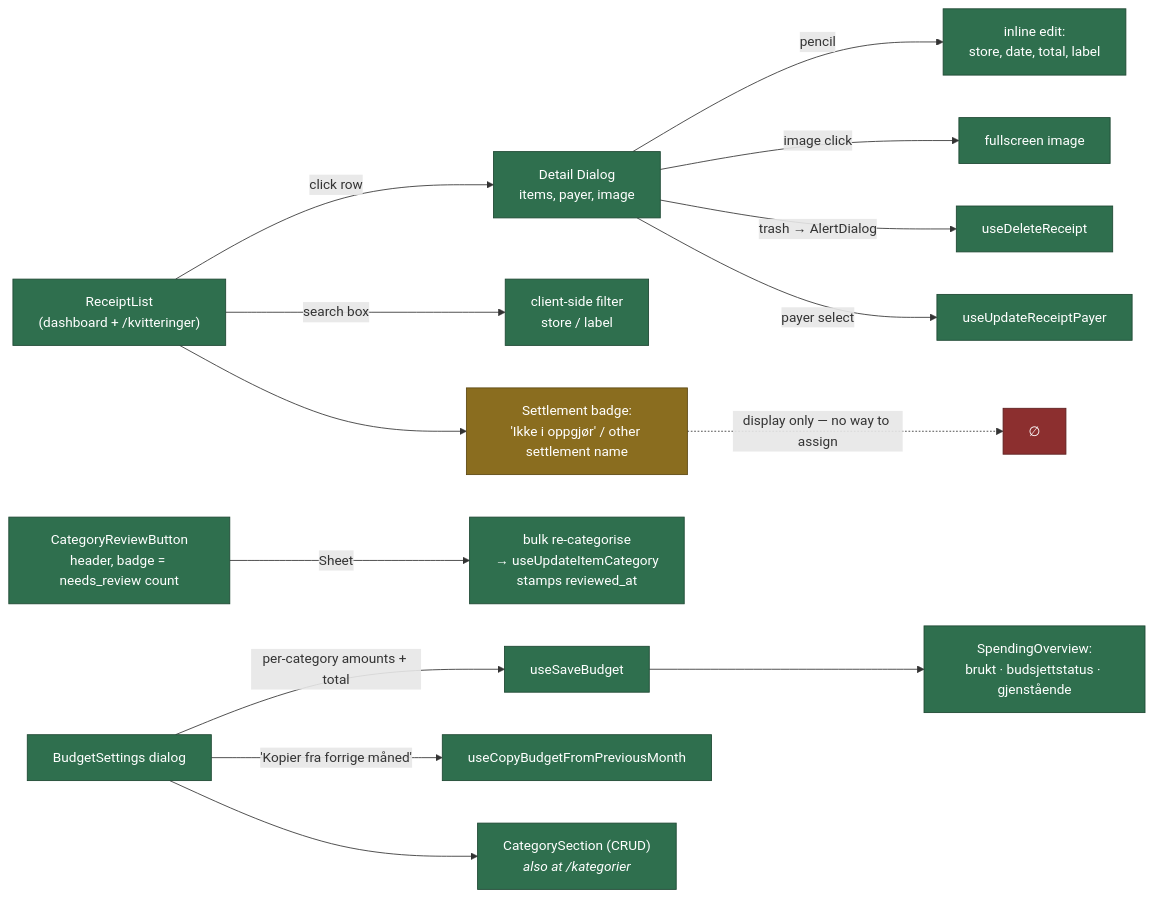
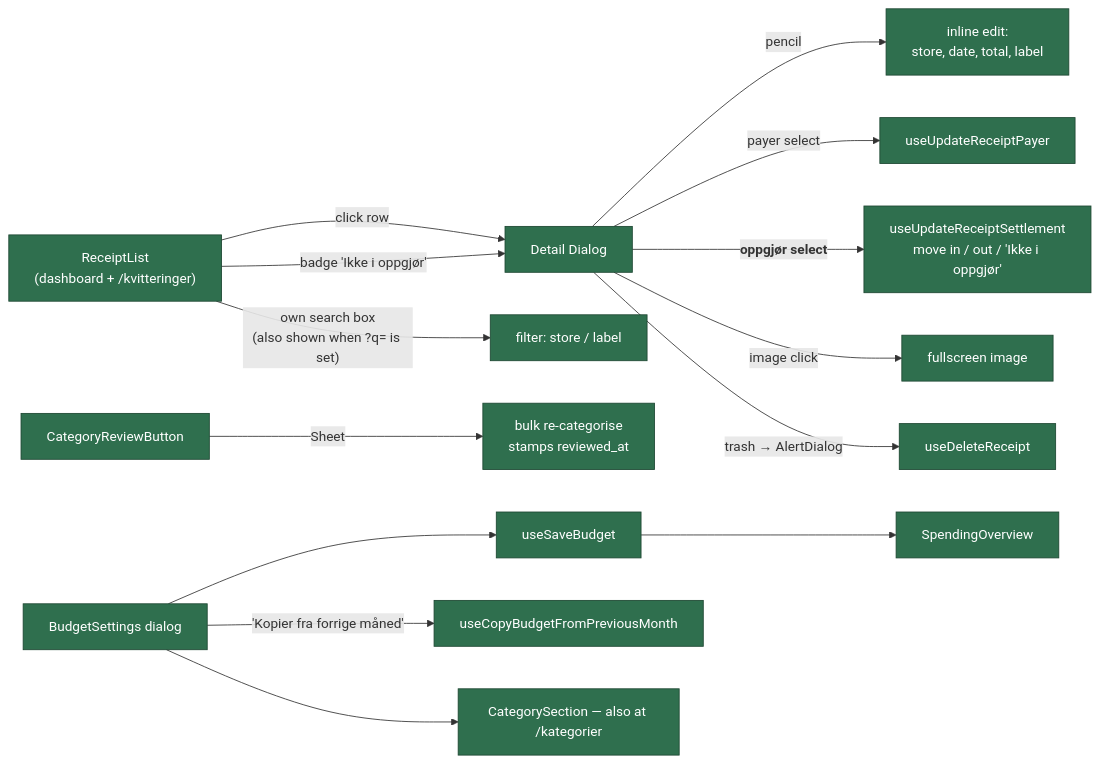
Before and after one commit to BalderYtterhus/budget-app: the sixth of 8 diagrams in docs/user-flows.md, drawn with Mermaid. The commit also changed other lines of this file and 1 other file, not shown here.

First line of the commit message:
docs: regenerate the flow diagrams and log the session

````diff
--- a/docs/user-flows.md
+++ b/docs/user-flows.md
@@ -262,27 +230,21 @@
 ```mermaid
 flowchart LR
     classDef ok fill:#2f6f4e,stroke:#1d4732,color:#fff
-    classDef cond fill:#8a6d1f,stroke:#5c4813,color:#fff
-    classDef bad fill:#8c2f2f,stroke:#5c1f1f,color:#fff
 
-    RL["ReceiptList<br/>(dashboard + /kvitteringer)"] -->|"click row"| DLG["Detail Dialog<br/>items, payer, image"]
+    RL["ReceiptList<br/>(dashboard + /kvitteringer)"] -->|"click row"| DLG["Detail Dialog"]
     DLG -->|"pencil"| EDIT["inline edit:<br/>store, date, total, label"]
+    DLG -->|"payer select"| PAY["useUpdateReceiptPayer"]
+    DLG -->|"<b>oppgjør select</b>"| SET["useUpdateReceiptSettlement<br/>move in / out / 'Ikke i oppgjør'"]
     DLG -->|"image click"| FULL["fullscreen image"]
     DLG -->|"trash → AlertDialog"| DEL["useDeleteReceipt"]
-    DLG -->|"payer select"| PAY["useUpdateReceiptPayer"]
-    RL -->|"search box"| FILT["client-side filter<br/>store / label"]
+    RL -->|"own search box<br/>(also shown when ?q= is set)"| FILT["filter: store / label"]
+    RL -->|"badge 'Ikke i oppgjør'"| DLG
 
-    RL --> BADGE["Settlement badge:<br/>'Ikke i oppgjør' / other settlement name"]
-    BADGE -.->|"display only — no way to assign"| NOASSIGN["∅"]
+    CRB["CategoryReviewButton"] -->|"Sheet"| CRS["bulk re-categorise<br/>stamps reviewed_at"]
+    BS["BudgetSettings dialog"] --> SAVEB["useSaveBudget"]
+    BS -->|"'Kopier fra forrige måned'"| COPY["useCopyBudgetFromPreviousMonth"]
+    BS --> CS["CategorySection — also at /kategorier"]
+    SAVEB --> OV["SpendingOverview"]
 
-    CRB["CategoryReviewButton<br/>header, badge = needs_review count"] -->|"Sheet"| CRS["bulk re-categorise<br/>→ useUpdateItemCategory<br/>stamps reviewed_at"]
-
-    BS["BudgetSettings dialog"] -->|"per-category amounts + total"| SAVEB["useSaveBudget"]
-    BS -->|"'Kopier fra forrige måned'"| COPY["useCopyBudgetFromPreviousMonth"]
-    BS --> CS["CategorySection (CRUD)<br/><i>also at /kategorier</i>"]
-    SAVEB --> OV["SpendingOverview:<br/>brukt · budsjettstatus · gjenstående"]
-
-    class RL,DLG,EDIT,FULL,DEL,PAY,FILT,CRB,CRS,BS,SAVEB,COPY,CS,OV ok
-    class BADGE cond
-    class NOASSIGN bad
+    class RL,DLG,EDIT,PAY,SET,FULL,DEL,FILT,CRB,CRS,BS,SAVEB,COPY,CS,OV ok
 ```
````
